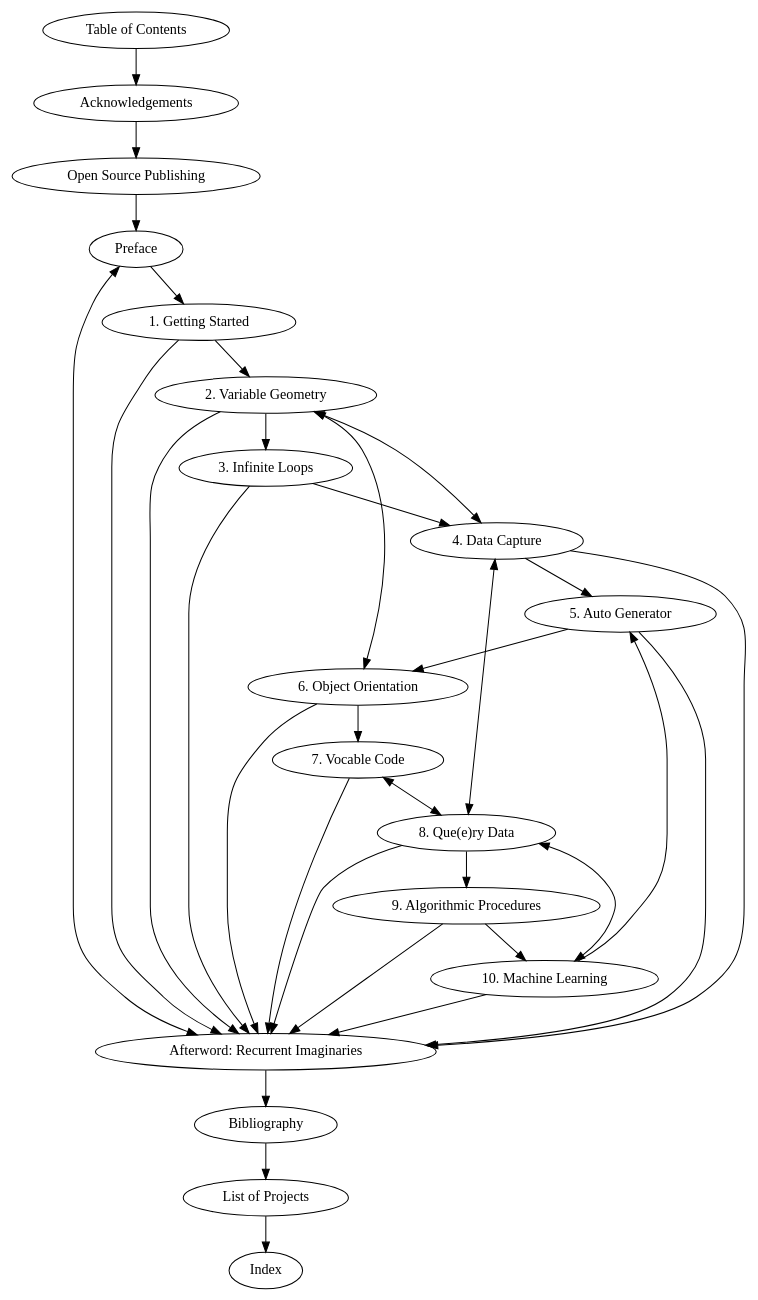
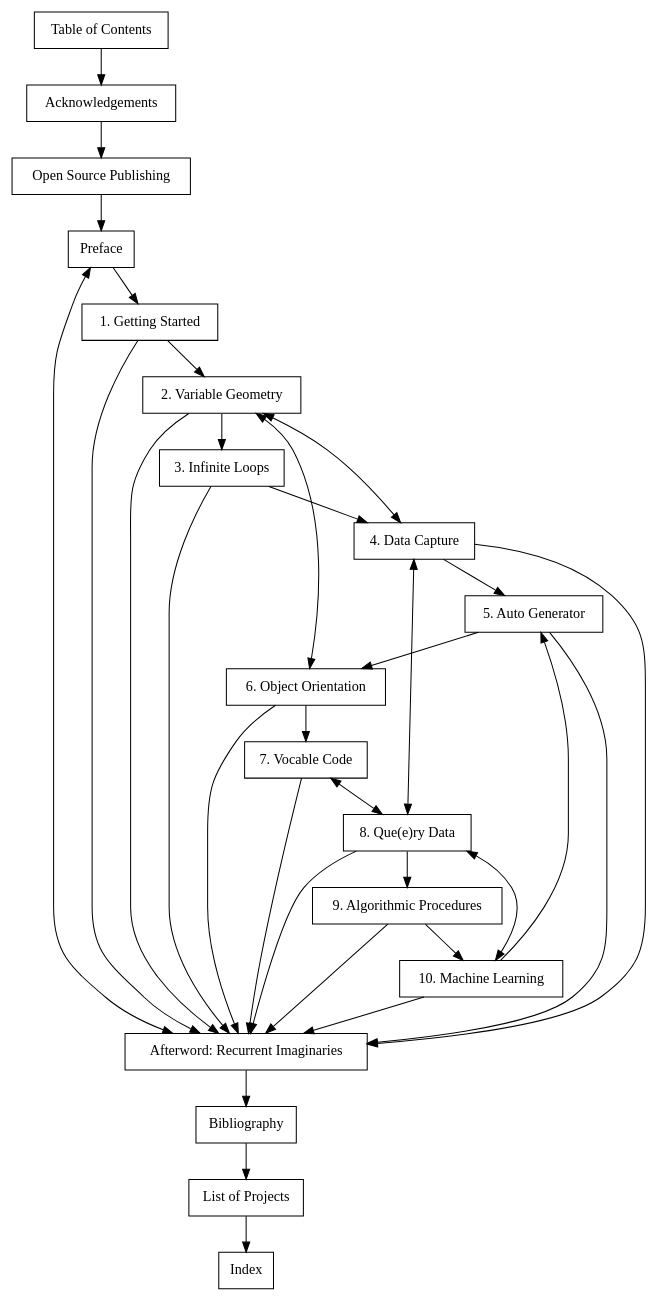
One commit to danbz/aesthetic-programming changed the diagram in graphviz/TOC.dot. Above: the diagram before and after it, drawn with Graphviz. The commit also changed 35 other files, not shown here.

Commit message:
graphviz

```diff
--- a/graphviz/TOC.dot
+++ b/graphviz/TOC.dot
@@ -1,31 +1,34 @@
 digraph toc {
+
+node[fontname="Hershey-Noailles-help-me", shape=rectangle]
+
 
 TOC [label="Table of Contents"]
 Ack [label="Acknowledgements"]
 OSP [label="Open Source Publishing"]
 0[label="Preface"]
 1 [label="1. Getting Started"]
 2 [label="2. Variable Geometry"]
 3 [label="3. Infinite Loops"]
 4 [label="4. Data Capture"]
 5 [label="5. Auto Generator"]
 6 [label="6. Object Orientation"]
 7 [label="7. Vocable Code"]
 8 [label="8. Que(e)ry Data"]
 9 [label="9. Algorithmic Procedures"]
 10 [label="10. Machine Learning"]
 11 [label="Afterword: Recurrent Imaginaries"]
 Bi [label="Bibliography"]
 Project [label="List of Projects"]
 Ind [label="Index"]
 
 //graph
 TOC -> Ack -> OSP -> 0 -> 1 -> 2 -> 3 -> 4 -> 5 -> 6 -> 7;
 7 -> 8 [dir=both];
 8 -> 9 -> 10 -> 11 -> Bi -> Project -> Ind;
 0 -> 11 [dir=both];
 2 -> 6 [dir=both];
 1,2,3,4,5,6,7,8,9 -> 11;
 10 -> 5;
 2 -> 4 -> 8 -> 10[dir=both];
 }
```
